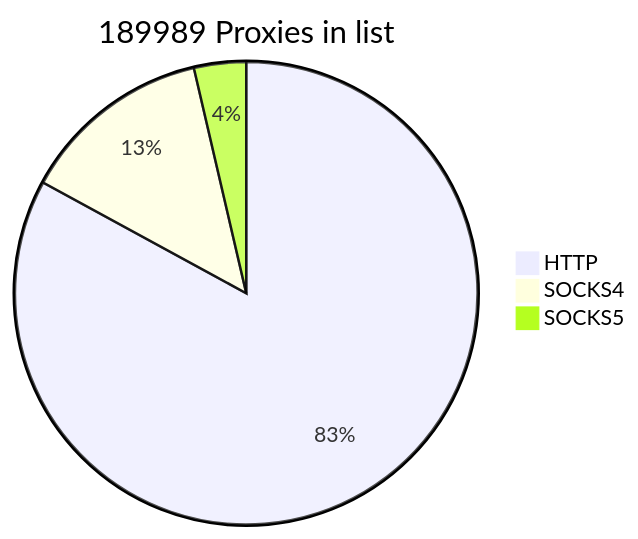
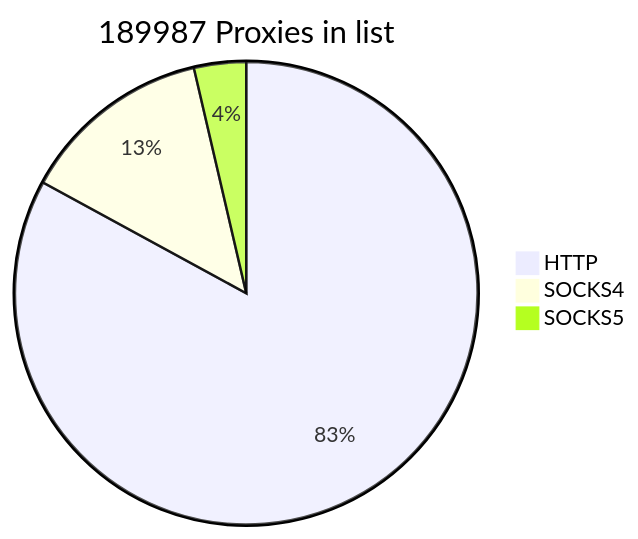
Before and after one commit to cutipu/proxylist: the first of 2 diagrams in README.md, drawn with Mermaid. The commit also changed other lines of this file, not shown here.

````diff
--- a/README.md
+++ b/README.md
@@ -2,7 +2,7 @@
 ```mermaid
-pie title 189989 Proxies in list
+pie title 189987 Proxies in list
     "HTTP" : 157578
-    "SOCKS4" : 25500
-    "SOCKS5" : 6911
+    "SOCKS4" : 25499
+    "SOCKS5" : 6910
             
 ```
````
